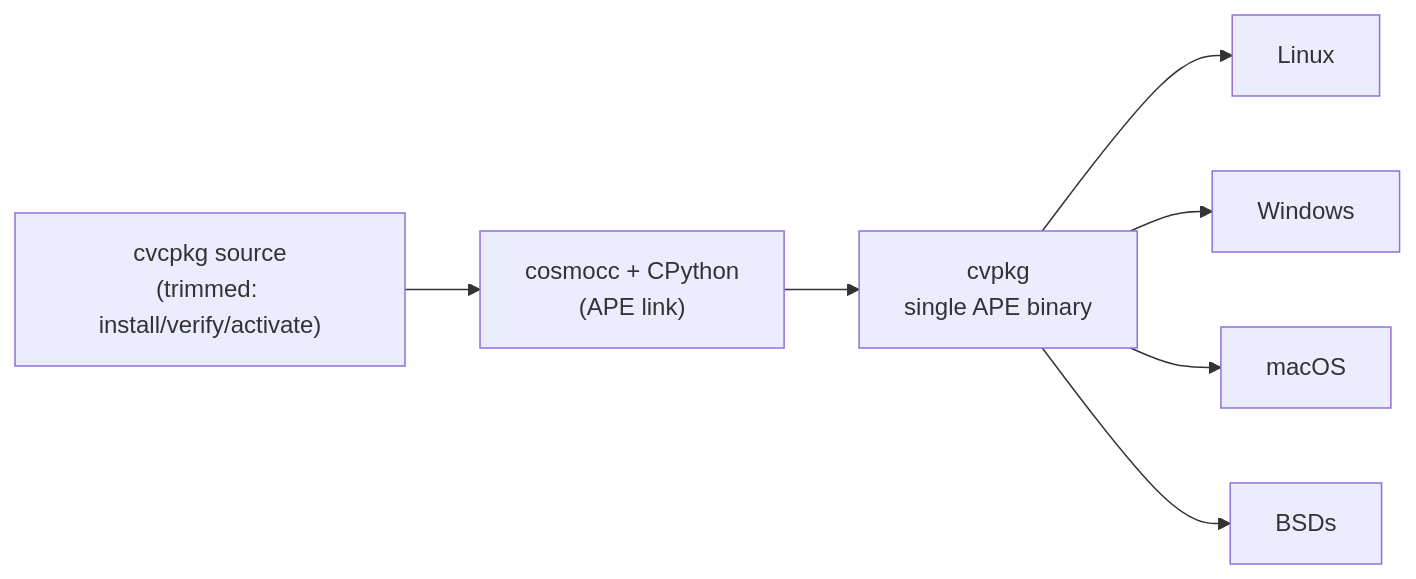
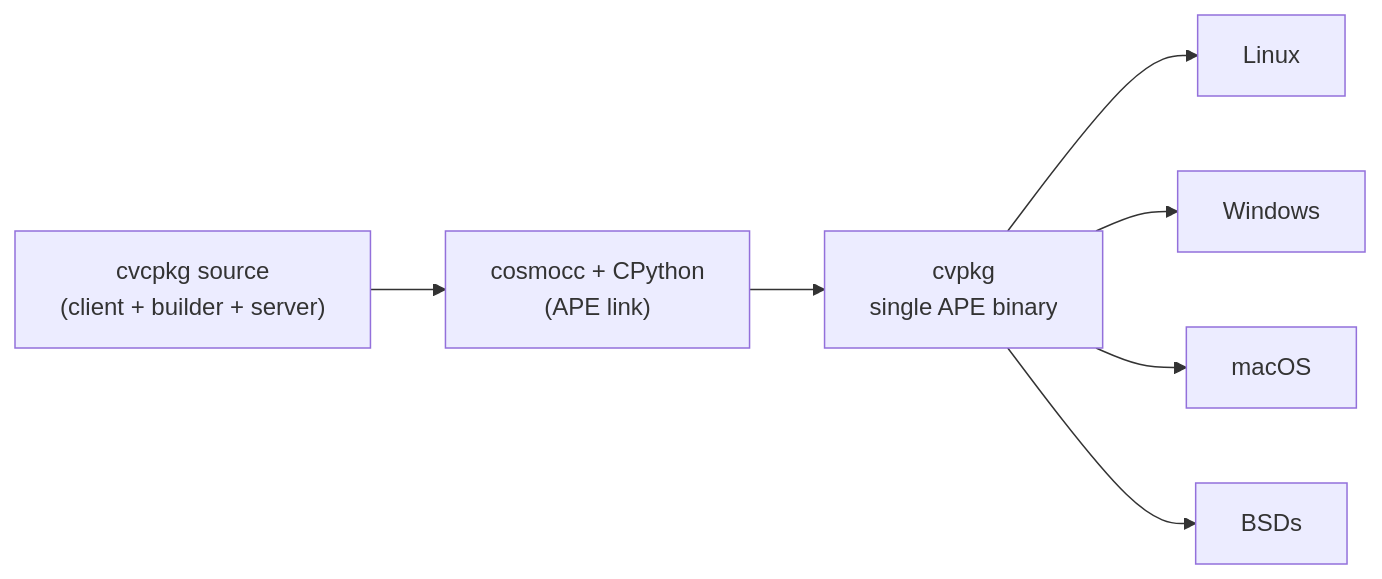
The fourth of 4 diagrams in CVCPKG-ROADMAP.md (transfix/libcvc-deps), drawn with Mermaid before and after one commit. The commit also changed other lines of this file, not shown here.

````diff
--- a/CVCPKG-ROADMAP.md
+++ b/CVCPKG-ROADMAP.md
@@ -954,9 +962,9 @@
 ```mermaid
 flowchart LR
-    SRC["cvcpkg source<br/>(trimmed: install/verify/activate)"] --> COSMO["cosmocc + CPython<br/>(APE link)"]
+    SRC["cvcpkg source<br/>(client + builder + server)"] --> COSMO["cosmocc + CPython<br/>(APE link)"]
     COSMO --> APE["cvpkg<br/>single APE binary"]
     APE --> L[Linux]
     APE --> W[Windows]
     APE --> M[macOS]
     APE --> B[BSDs]
 ```
````
